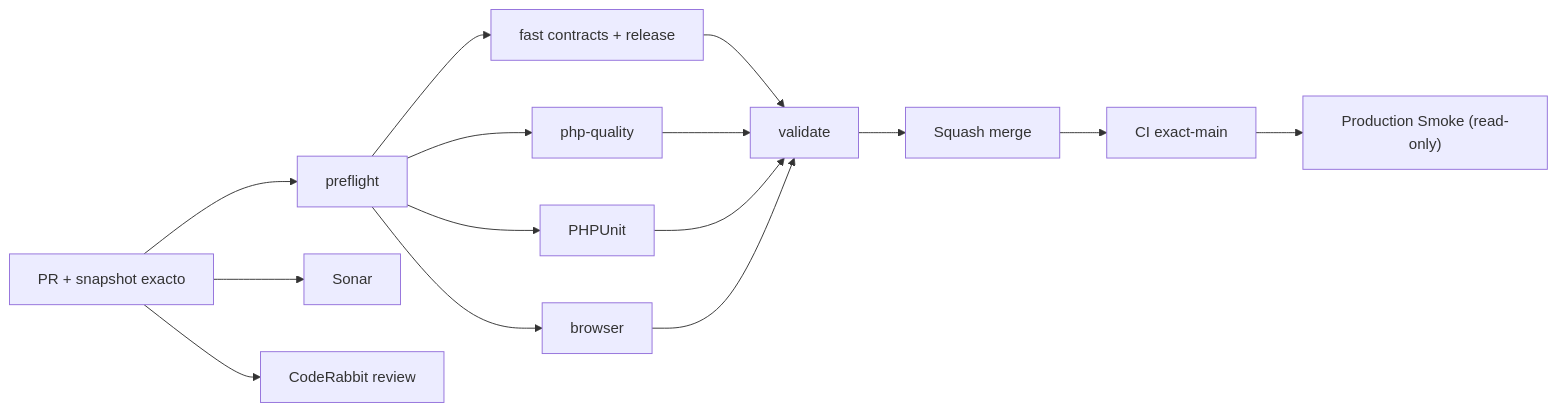
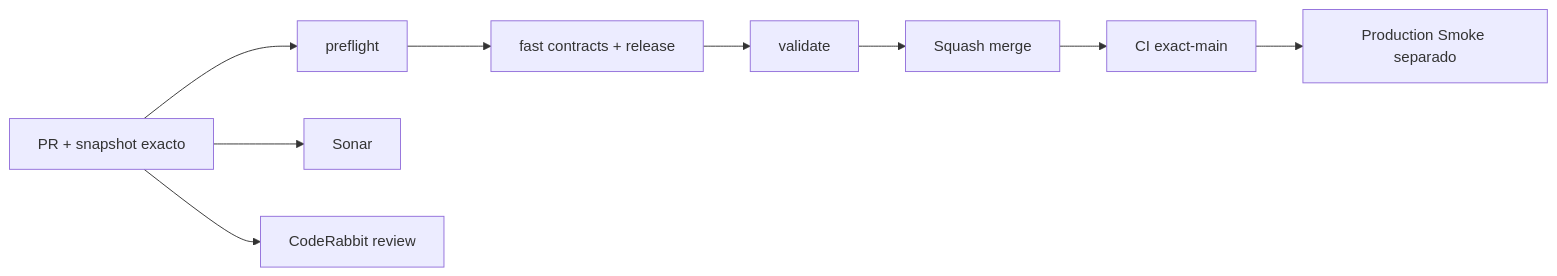
The diagram in README.md (pl0n3r/GrindFlow), drawn with Mermaid before and after one commit. The commit also changed other lines of this file, not shown here.

Commit message:
docs: snapshot v0.1.18 safe production release report

````diff
--- a/README.md
+++ b/README.md
@@ -52,17 +52,11 @@
 ```mermaid
 flowchart LR
  A["PR + snapshot exacto"] --> P["preflight"]
  P --> F["fast contracts + release"]
- P --> Q["php-quality"]
- P --> T["PHPUnit"]
- P --> B["browser"]
  A --> S["Sonar"]
  A --> C["CodeRabbit review"]
  F --> V["validate"]
- Q --> V
- T --> V
- B --> V
  V --> M["Squash merge"]
  M --> X["CI exact-main"]
- X --> Y["Production Smoke (read-only)"]
+ X --> R["Production Smoke separado"]
 ```
````
